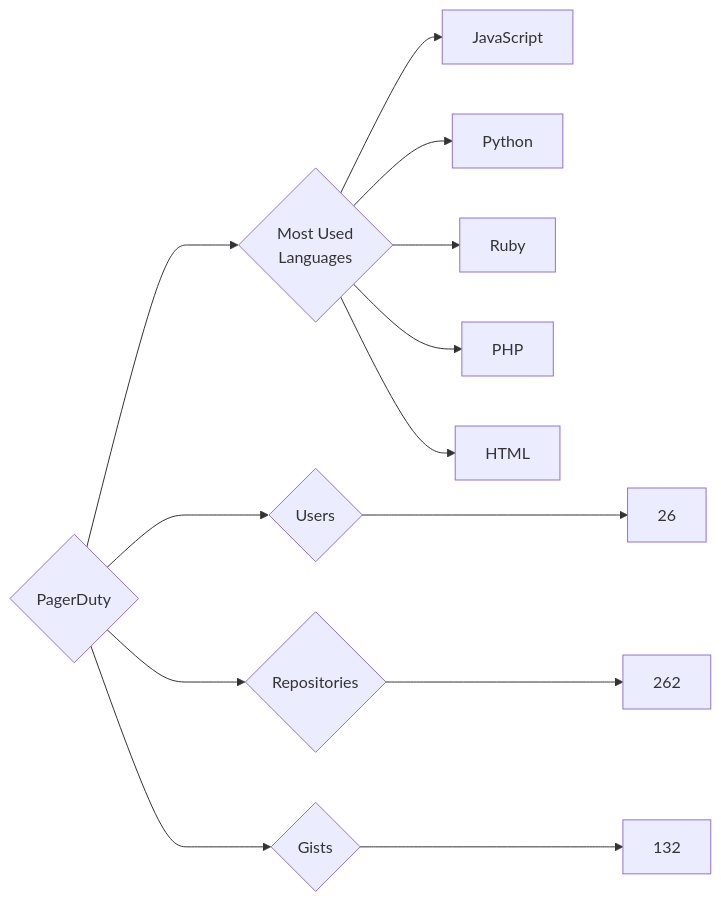
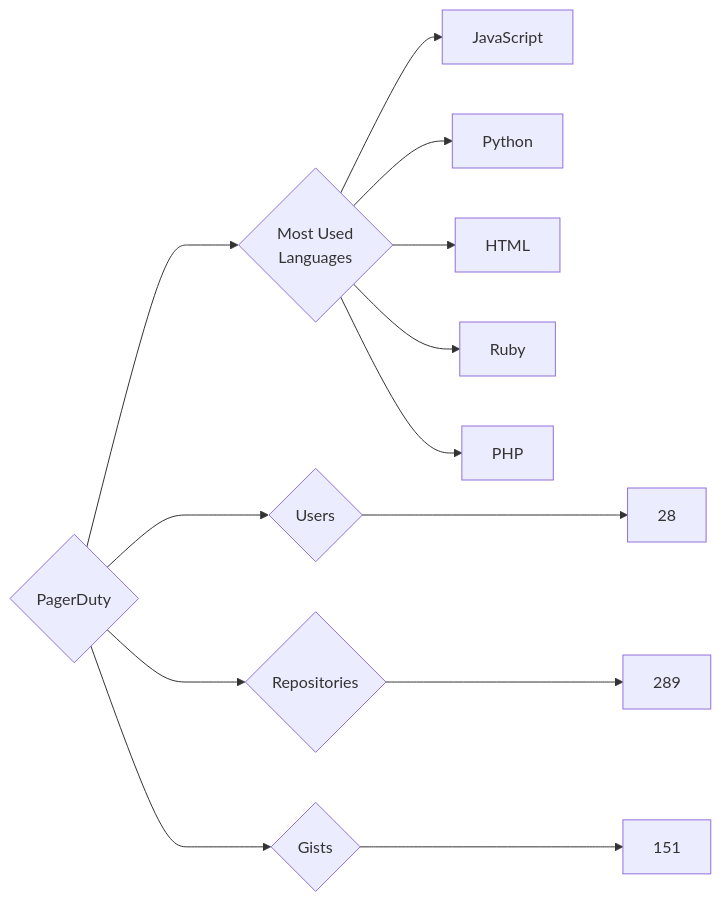
One commit to trickest/insiders changed the diagram in targets/PagerDuty/README.md. Above: the diagram before and after it, drawn with Mermaid. The commit also changed 839 other files, not shown here.

````diff
--- a/targets/PagerDuty/README.md
+++ b/targets/PagerDuty/README.md
@@ -3,13 +3,13 @@
 ```mermaid
 graph LR
 COMPANY_NAME{PagerDuty}
-COMPANY_NAME ---> U{Users} ---> UN[26]
-COMPANY_NAME ---> R{Repositories} ---> RN[262]
-COMPANY_NAME ---> G{Gists} ---> GN[132]
+COMPANY_NAME ---> U{Users} ---> UN[28]
+COMPANY_NAME ---> R{Repositories} ---> RN[289]
+COMPANY_NAME ---> G{Gists} ---> GN[151]
 COMPANY_NAME ---> ML{Most Used<br>Languages}
 ML --> JavaScript[JavaScript]
 ML --> Python[Python]
+ML --> HTML[HTML]
 ML --> Ruby[Ruby]
 ML --> PHP[PHP]
-ML --> HTML[HTML]
 ```
````
